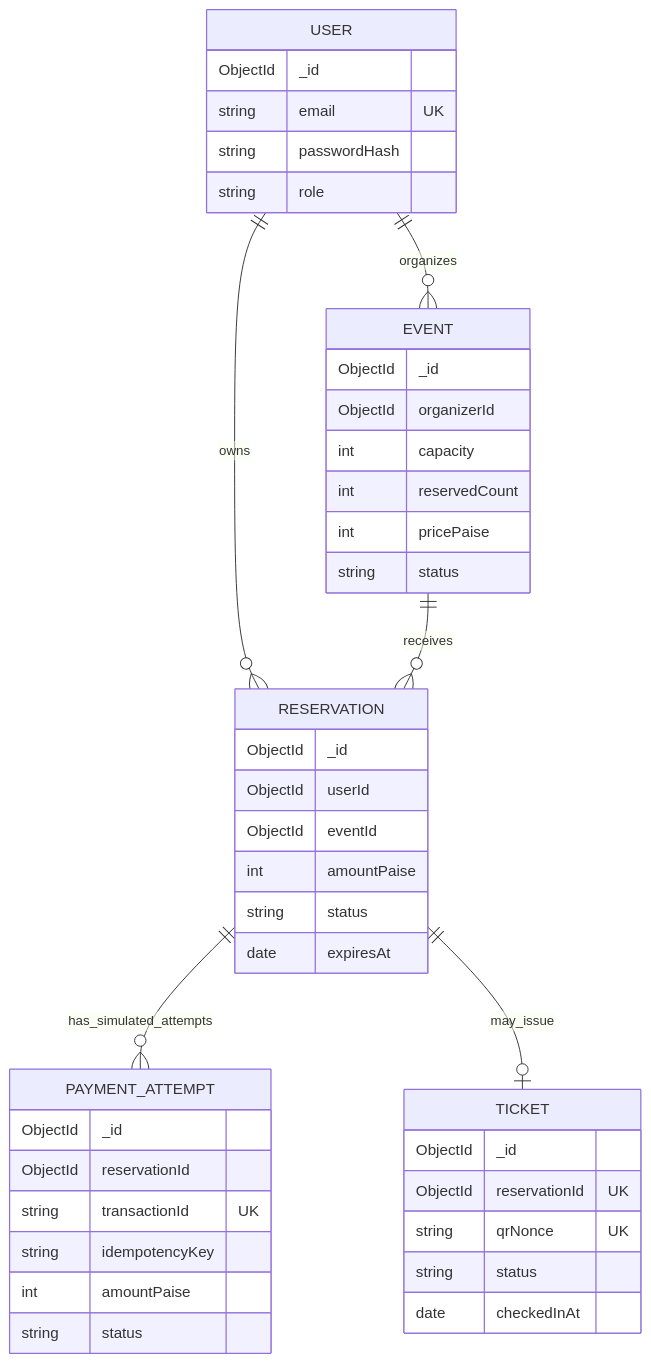
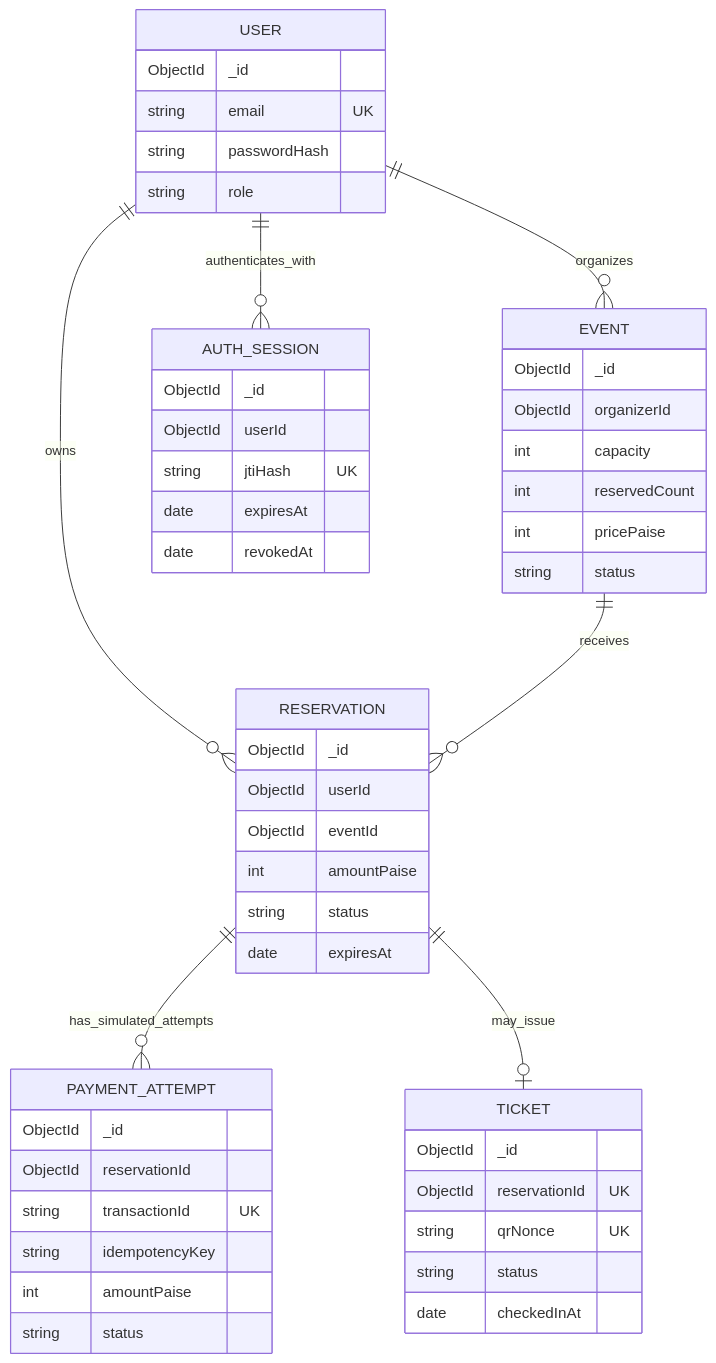
The diagram in docs/database.md (KaizokuHam/kairopass), drawn with Mermaid before and after one commit. The commit also changed other lines of this file and 5 other files, not shown here.

Commit message:
docs(auth): document authentication architecture and API

````diff
--- a/docs/database.md
+++ b/docs/database.md
@@ -10,45 +10,53 @@
 ```mermaid
 erDiagram
     USER ||--o{ EVENT : organizes
     USER ||--o{ RESERVATION : owns
+    USER ||--o{ AUTH_SESSION : authenticates_with
     EVENT ||--o{ RESERVATION : receives
     RESERVATION ||--o{ PAYMENT_ATTEMPT : has_simulated_attempts
     RESERVATION ||--o| TICKET : may_issue
     USER {
         ObjectId _id
         string email UK
         string passwordHash
         string role
+    }
+    AUTH_SESSION {
+        ObjectId _id
+        ObjectId userId
+        string jtiHash UK
+        date expiresAt
+        date revokedAt
     }
     EVENT {
         ObjectId _id
         ObjectId organizerId
         int capacity
         int reservedCount
         int pricePaise
         string status
     }
     RESERVATION {
         ObjectId _id
         ObjectId userId
         ObjectId eventId
         int amountPaise
         string status
         date expiresAt
     }
     PAYMENT_ATTEMPT {
         ObjectId _id
         ObjectId reservationId
         string transactionId UK
         string idempotencyKey
         int amountPaise
         string status
     }
     TICKET {
         ObjectId _id
         ObjectId reservationId UK
         string qrNonce UK
         string status
         date checkedInAt
     }
 ```
````
